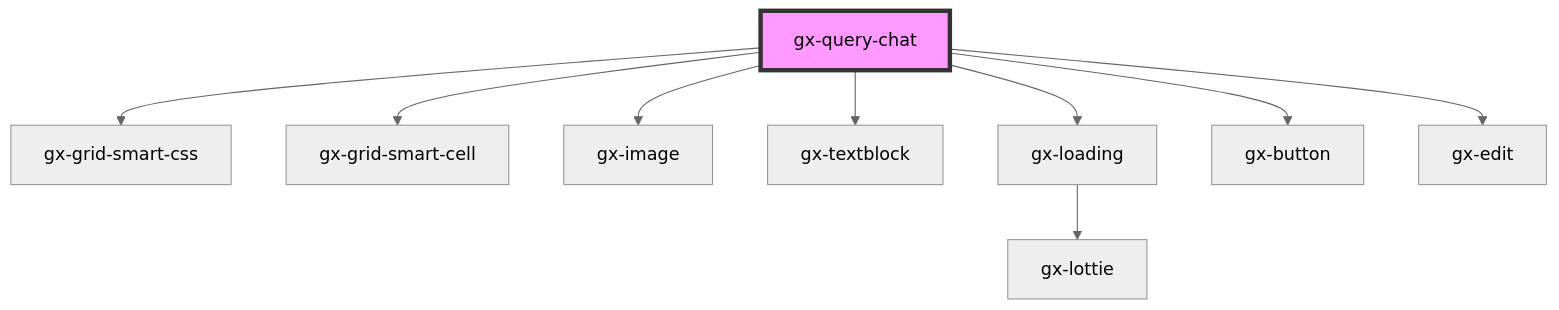
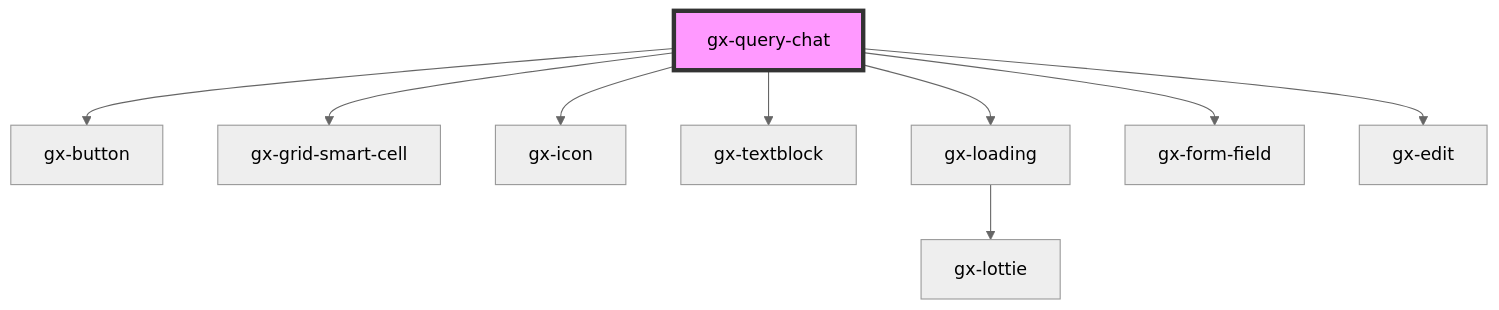
Before and after one commit to genexuslabs/reporting-controls-library: the diagram in src/components/gx-query/query-chat/readme.md, drawn with Mermaid (neutral theme). The commit also changed other lines of this file and 29 other files, not shown here.

````diff
--- a/src/components/gx-query/query-chat/readme.md
+++ b/src/components/gx-query/query-chat/readme.md
@@ -53,12 +42,12 @@
 ```mermaid
 graph TD;
-  gx-query-chat --> gx-grid-smart-css
+  gx-query-chat --> gx-button
   gx-query-chat --> gx-grid-smart-cell
-  gx-query-chat --> gx-image
+  gx-query-chat --> gx-icon
   gx-query-chat --> gx-textblock
   gx-query-chat --> gx-loading
-  gx-query-chat --> gx-button
+  gx-query-chat --> gx-form-field
   gx-query-chat --> gx-edit
   gx-loading --> gx-lottie
   style gx-query-chat fill:#f9f,stroke:#333,stroke-width:4px
 ```
````
